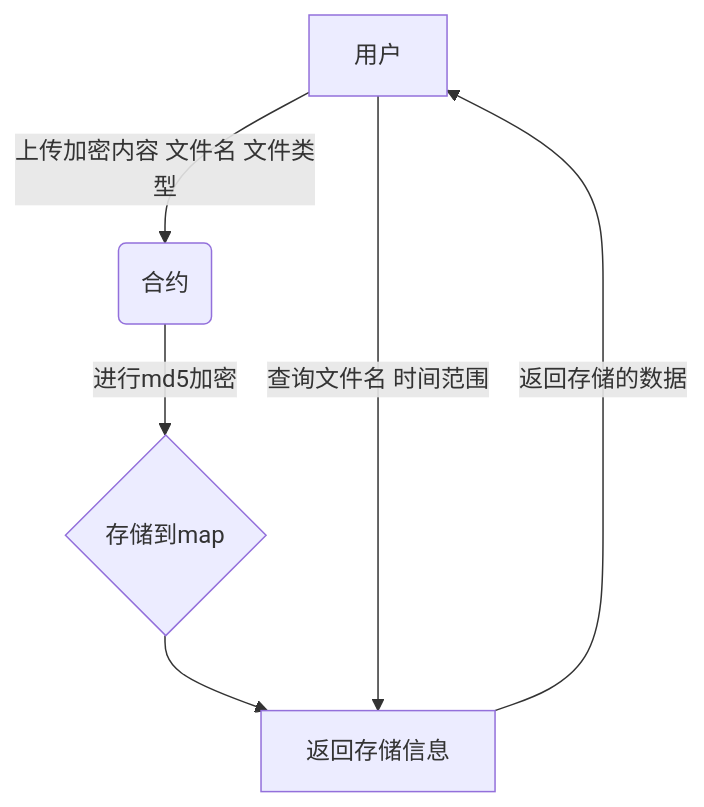
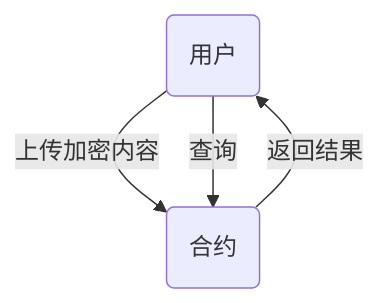
Before and after one commit to MoyunRz/store-data: the first of 5 diagrams in doc/合约存取共享.md, drawn with Mermaid. The commit also changed other lines of this file, not shown here.

Commit message:
修改流程题

````diff
--- a/doc/合约存取共享.md
+++ b/doc/合约存取共享.md
@@ -17,8 +17,6 @@
 ```mermaid
 graph TD
-    A[用户] -->|上传加密内容 文件名 文件类型| B(合约)
-    B -->|进行md5加密| C{存储到map}
-    C --> D[返回存储信息]
-    A -->|查询文件名 时间范围| D 
-    D -->|返回存储的数据| A
+    A(用户) -->|上传加密内容| B(合约)
+    A -->|查询| B
+    B -->|返回结果| A
 ```
````
